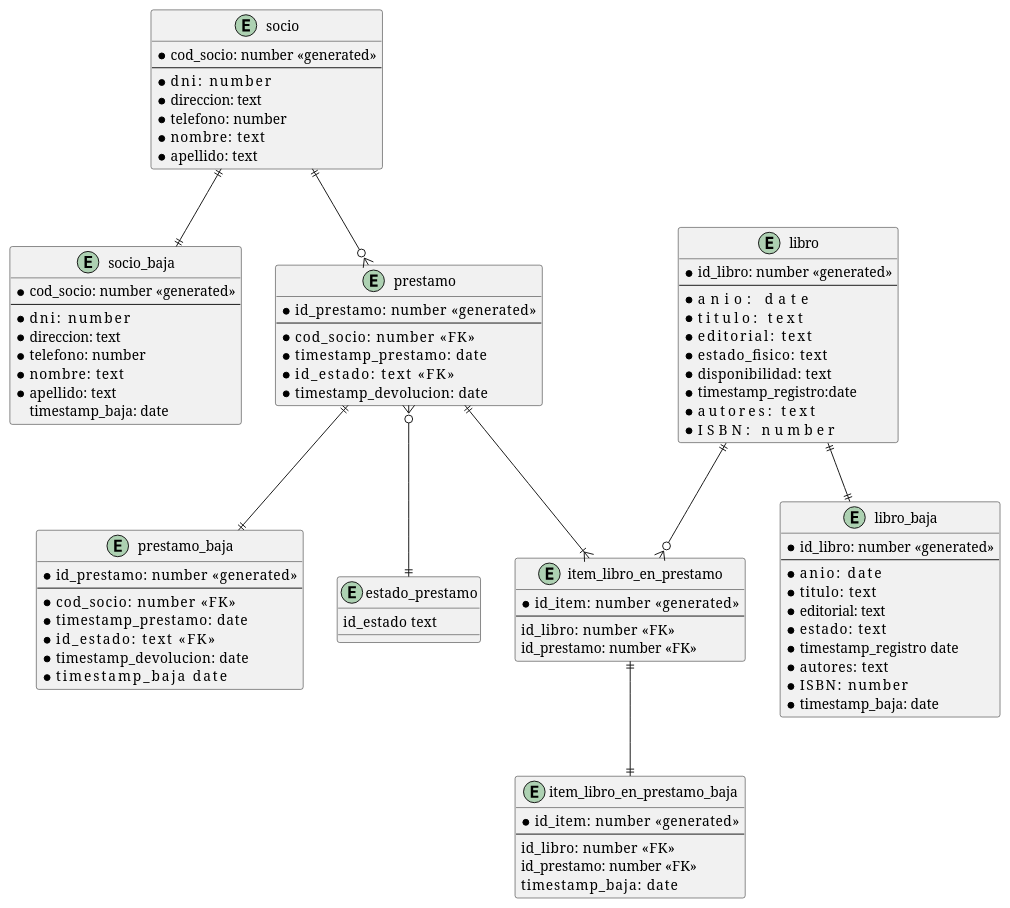
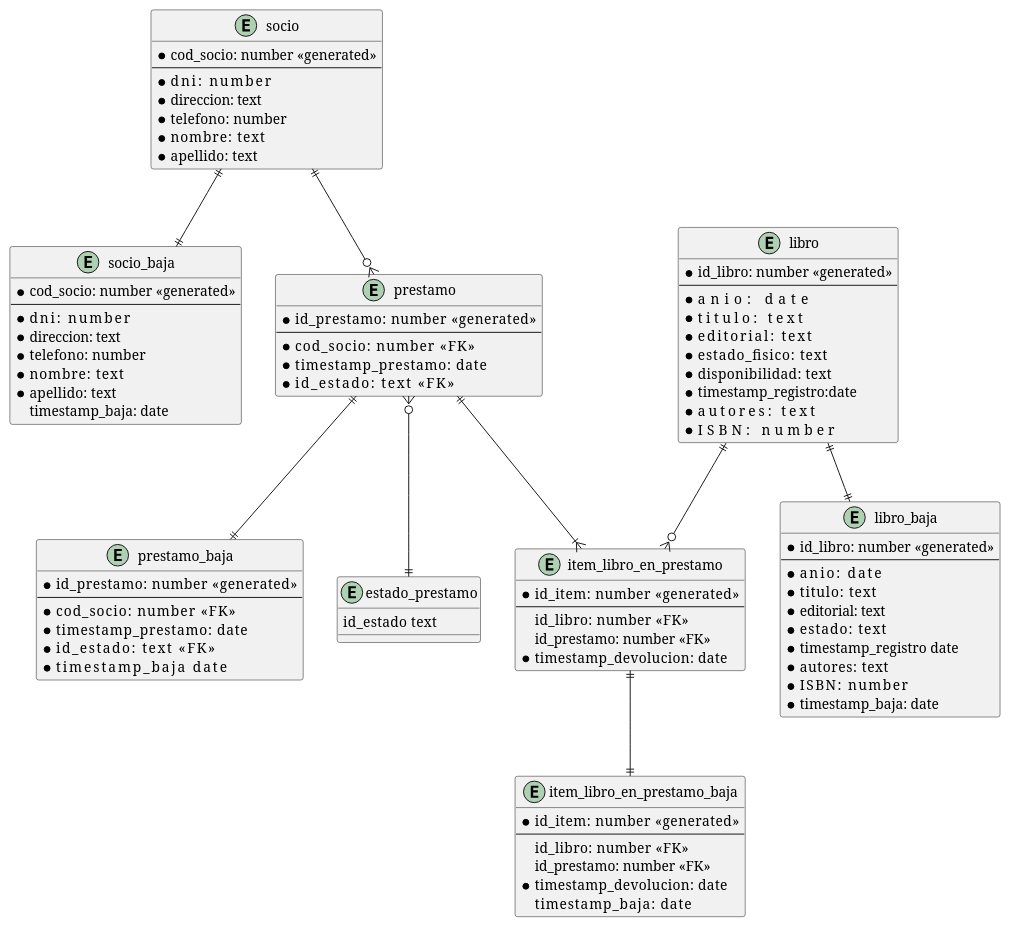
Before and after one commit to DiegoGit35/BaseDeDatos: the diagram in 1-Biblioteca/biblioteca.pu, drawn with PlantUML. The commit also changed other lines of this file and 5 other files, not shown here.

```diff
--- a/1-Biblioteca/biblioteca.pu
+++ b/1-Biblioteca/biblioteca.pu
@@ -1,96 +1,96 @@
 @startuml
   entity socio{
     *cod_socio: number «generated»
     --
     *dni:       number
     *direccion: text
     *telefono:  number
     *nombre:    text
     *apellido:  text
   }
 
   entity socio_baja{
     *cod_socio: number «generated»
     --
     *dni:       number
     *direccion: text
     *telefono:  number
     *nombre:    text
     *apellido:  text
     timestamp_baja: date
   }
 
   entity libro{
     *id_libro:  number «generated»
     --
     *anio:              date
     *titulo:            text
     *editorial:         text
     *estado_fisico:     text
     *disponibilidad:    text
     *timestamp_registro:date
     *autores:           text
     *ISBN:              number
   }
 
   entity libro_baja{
     *id_libro:  number «generated»
     --
     *anio:      date
     *titulo:    text
     *editorial: text
     *estado:    text
     *timestamp_registro date
     *autores:   text
     *ISBN:      number
     *timestamp_baja: date
   }
 
   entity item_libro_en_prestamo {
     *id_item:    number  «generated»
     --
     id_libro:    number  «FK»
     id_prestamo: number  «FK»
+    *timestamp_devolucion:    date
   }
 
   entity item_libro_en_prestamo_baja {
     *id_item:    number  «generated»
     --
     id_libro:    number  «FK»
     id_prestamo: number  «FK»
+    *timestamp_devolucion:    date
     timestamp_baja:      date
   }
 
   entity prestamo{
     *id_prestamo:     number  «generated»
     --
     *cod_socio:       number  «FK»
     *timestamp_prestamo:      date
     *id_estado: text          «FK»
-    *timestamp_devolucion:    date
   }
 
   entity prestamo_baja{
     *id_prestamo:     number  «generated»
     --
     *cod_socio:       number  «FK»
     *timestamp_prestamo:      date
     *id_estado: text          «FK»
-    *timestamp_devolucion:    date
     *timestamp_baja           date
   }
 
   entity estado_prestamo{
     id_estado  text
   }
 
 libro     ||--o{    item_libro_en_prestamo
 prestamo  ||--|{    item_libro_en_prestamo
 socio     ||--o{    prestamo
 prestamo  }o--||    estado_prestamo
 
 libro     ||--||    libro_baja
 prestamo  ||--||    prestamo_baja
 socio     ||--||    socio_baja
 item_libro_en_prestamo  ||--||    item_libro_en_prestamo_baja
 @enduml
```
